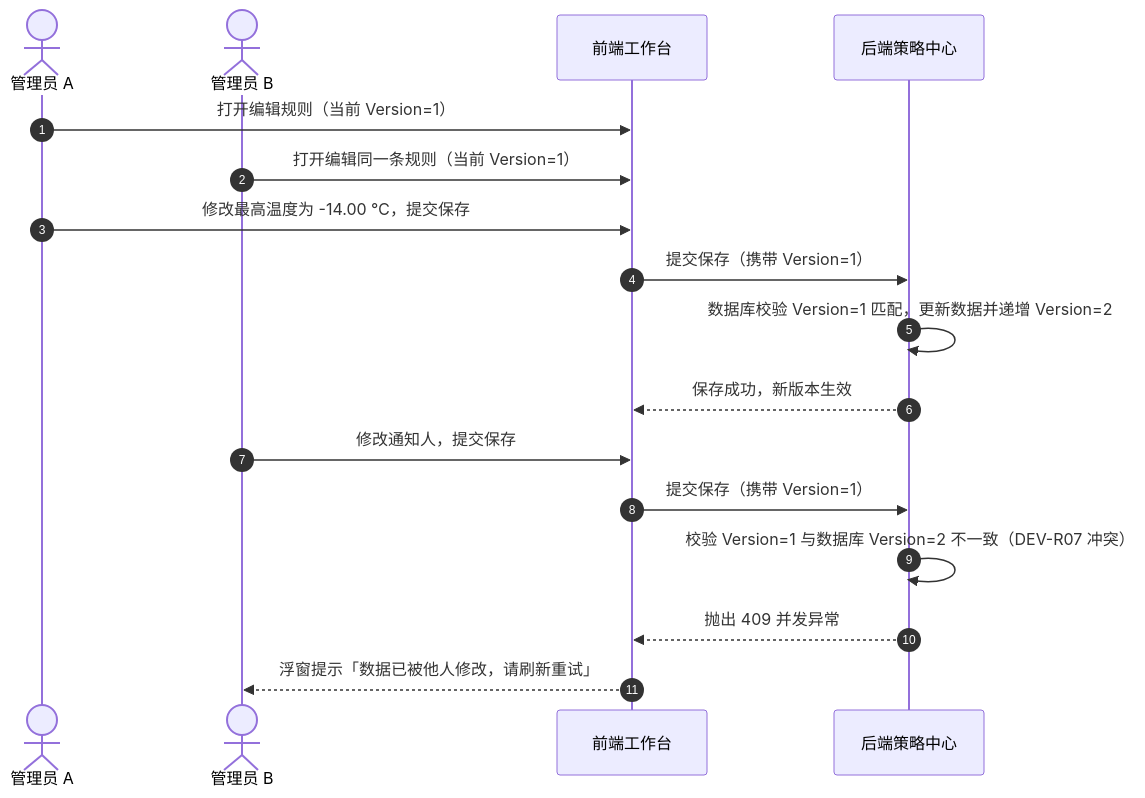
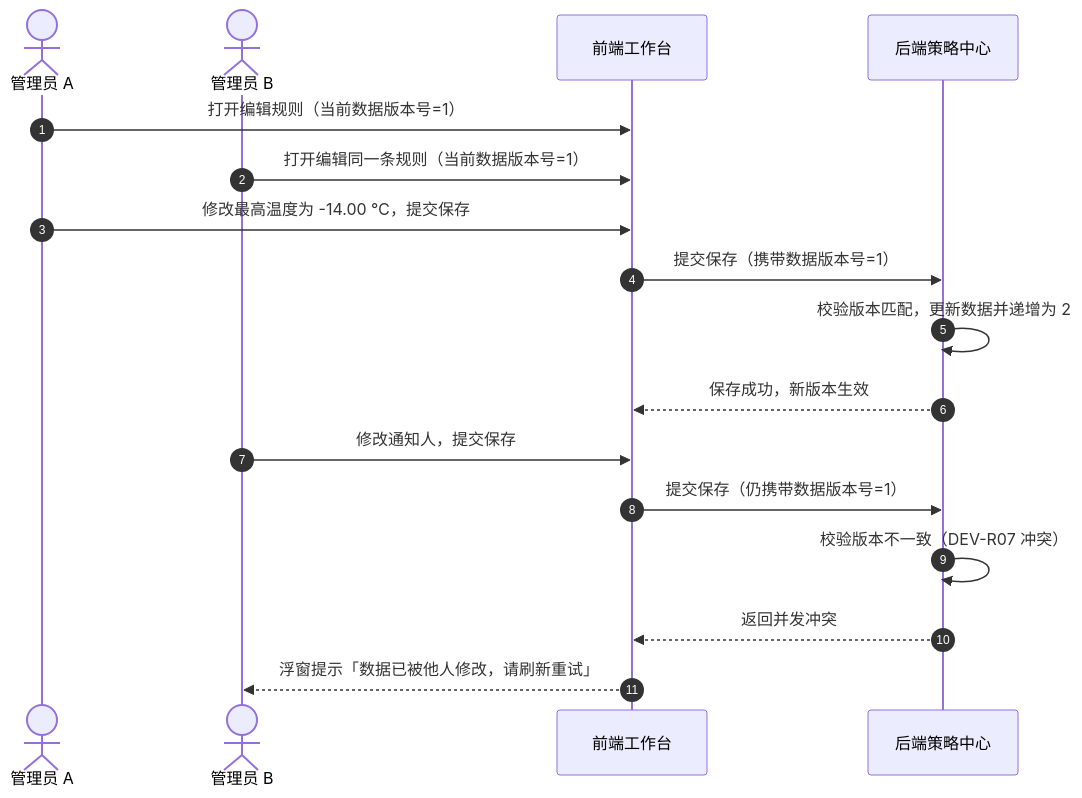
One commit to RobertHuang999/SYZC changed the third of 3 diagrams in 02-PRD文档/B-迭代需求/6.2版本（2026.08）/03-预警配置/02设备预警配置/设备预警配置业务规则规格.md. Above: the diagram before and after it, drawn with Mermaid. The commit also changed other lines of this file and 23 other files, not shown here.

````diff
--- a/02-PRD文档/B-迭代需求/6.2版本（2026.08）/03-预警配置/02设备预警配置/设备预警配置业务规则规格.md
+++ b/02-PRD文档/B-迭代需求/6.2版本（2026.08）/03-预警配置/02设备预警配置/设备预警配置业务规则规格.md
@@ -224,20 +224,20 @@
 ```mermaid
 sequenceDiagram
     autonumber
     actor UserA as 管理员 A
     actor UserB as 管理员 B
     participant FE as 前端工作台
     participant API as 后端策略中心
 
-    UserA->>FE: 打开编辑规则（当前 Version=1）
-    UserB->>FE: 打开编辑同一条规则（当前 Version=1）
+    UserA->>FE: 打开编辑规则（当前数据版本号=1）
+    UserB->>FE: 打开编辑同一条规则（当前数据版本号=1）
     UserA->>FE: 修改最高温度为 -14.00 ℃，提交保存
-    FE->>API: 提交保存（携带 Version=1）
-    API->>API: 数据库校验 Version=1 匹配，更新数据并递增 Version=2
+    FE->>API: 提交保存（携带数据版本号=1）
+    API->>API: 校验版本匹配，更新数据并递增为 2
     API-->>FE: 保存成功，新版本生效
     UserB->>FE: 修改通知人，提交保存
-    FE->>API: 提交保存（携带 Version=1）
-    API->>API: 校验 Version=1 与数据库 Version=2 不一致（DEV-R07 冲突）
-    API-->>FE: 抛出 409 并发异常
+    FE->>API: 提交保存（仍携带数据版本号=1）
+    API->>API: 校验版本不一致（DEV-R07 冲突）
+    API-->>FE: 返回并发冲突
     FE-->>UserB: 浮窗提示「数据已被他人修改，请刷新重试」
 ```
````
